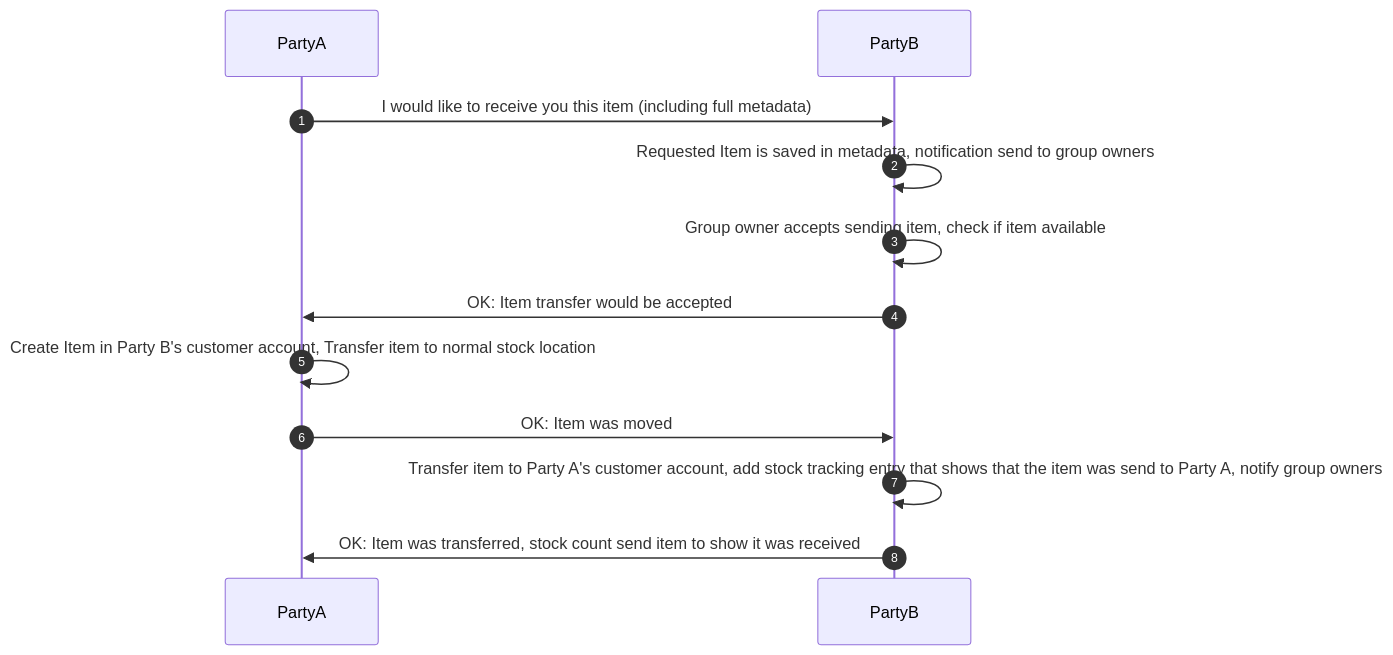
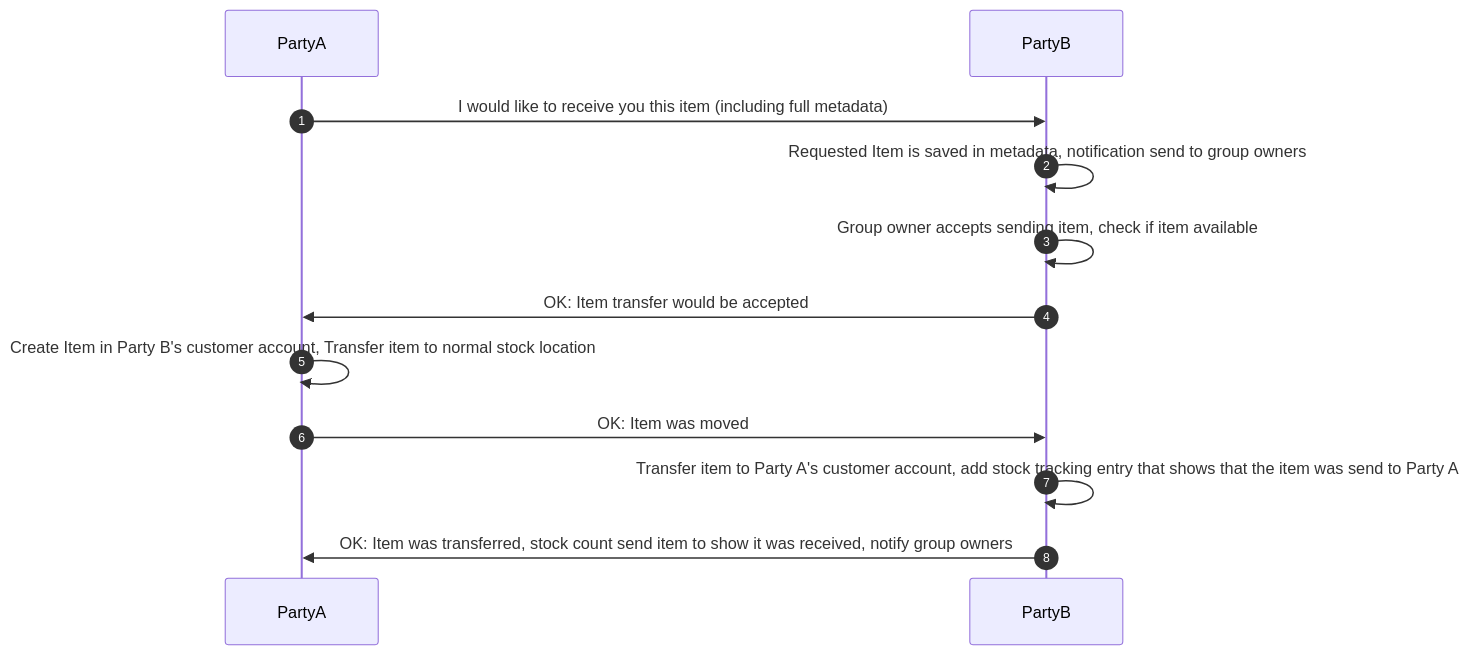
One commit to invenhost/inventree-federation changed the third of 3 diagrams in docs/modules/ROOT/pages/home.adoc. Above: the diagram before and after it, drawn with Mermaid.

Commit message:
fix step docs

```diff
--- a/docs/modules/ROOT/pages/home.adoc
+++ b/docs/modules/ROOT/pages/home.adoc
@@ -89,15 +89,15 @@
 [mermaid]
 ....
 sequenceDiagram
     autonumber
     participant PartyA
     participant PartyB
     PartyA->>PartyB: I would like to receive you this item (including full metadata)
     PartyB->>PartyB: Requested Item is saved in metadata, notification send to group owners
     PartyB->>PartyB: Group owner accepts sending item, check if item available
     PartyB->>PartyA: OK: Item transfer would be accepted
     PartyA->>PartyA: Create Item in Party B's customer account, Transfer item to normal stock location
     PartyA->>PartyB: OK: Item was moved
-    PartyB->>PartyB: Transfer item to Party A's customer account, add stock tracking entry that shows that the item was send to Party A, notify group owners
-    PartyB->>PartyA: OK: Item was transferred, stock count send item to show it was received
+    PartyB->>PartyB: Transfer item to Party A's customer account, add stock tracking entry that shows that the item was send to Party A
+    PartyB->>PartyA: OK: Item was transferred, stock count send item to show it was received, notify group owners
 ....
```
